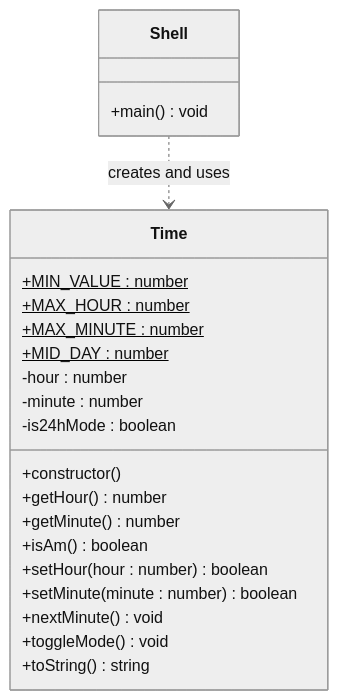
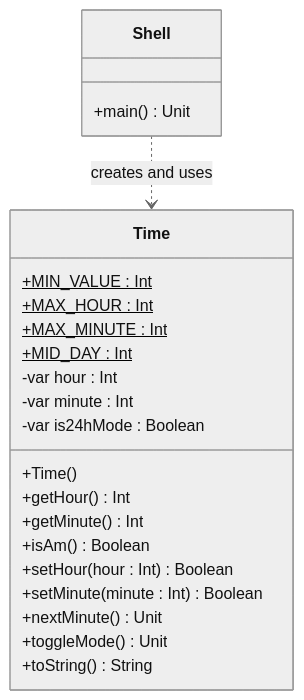
Before and after one commit to qxcodepoo/arcade: the diagram in labs/relogio/README.md, drawn with Mermaid (neutral theme). The commit also changed other lines of this file and 201 other files, not shown here.

````diff
--- a/labs/relogio/README.md
+++ b/labs/relogio/README.md
@@ -65,30 +65,30 @@
 ```mermaid
 %%{init: { "fontFamily": "monospace" } }%%
 classDiagram
     direction TB
 
     class Time {
-        +MIN_VALUE : number$
-        +MAX_HOUR : number$
-        +MAX_MINUTE : number$
-        +MID_DAY : number$
-        -hour : number
-        -minute : number
-        -is24hMode : boolean
-        +constructor()
-        +getHour() number
-        +getMinute() number
-        +isAm() boolean
-        +setHour(hour : number) boolean
-        +setMinute(minute : number) boolean
-        +nextMinute() void
-        +toggleMode() void
-        +toString() string
+        +MIN_VALUE : Int$
+        +MAX_HOUR : Int$
+        +MAX_MINUTE : Int$
+        +MID_DAY : Int$
+        -var hour : Int
+        -var minute : Int
+        -var is24hMode : Boolean
+        +Time()
+        +getHour() Int
+        +getMinute() Int
+        +isAm() Boolean
+        +setHour(hour : Int) Boolean
+        +setMinute(minute : Int) Boolean
+        +nextMinute() Unit
+        +toggleMode() Unit
+        +toString() String
     }
 
     class Shell {
-        +main() void
+        +main() Unit
     }
 
     Shell ..> Time : creates and uses
 ```
````
